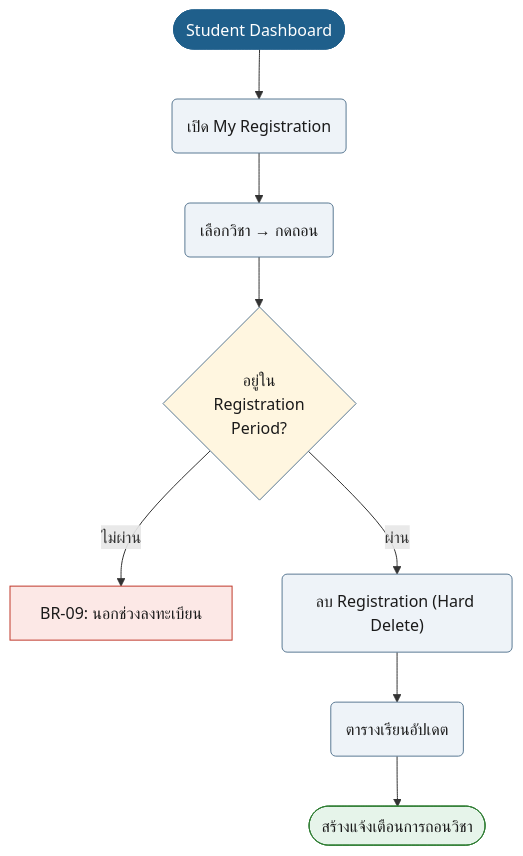
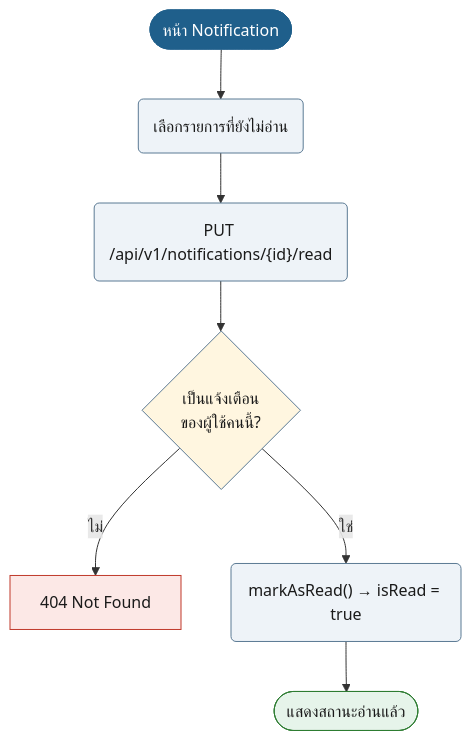
One commit to synthesixer/AcadOS changed the fifth of 49 diagrams in doc/userflow.md. Above: the diagram before and after it, drawn with Mermaid. The commit also changed other lines of this file and 1 other file, not shown here.

````diff
--- a/doc/userflow.md
+++ b/doc/userflow.md
@@ -213,24 +229,22 @@
 ```mermaid
 flowchart TD
-    n1(["Student Dashboard"]):::start
-    n2("เปิด My Registration"):::act
-    n3("เลือกวิชา → กดถอน"):::act
+    n1(["หน้า Notification"]):::start
+    n2("เลือกรายการที่ยังไม่อ่าน"):::act
+    n3("PUT /api/v1/notifications/{id}/read"):::act
     n1 --> n2
     n2 --> n3
-    n4{"อยู่ใน<br/>Registration<br/>Period?"}:::dec
+    n4{"เป็นแจ้งเตือน<br/>ของผู้ใช้คนนี้?"}:::dec
     n3 --> n4
-    n5["BR-09: นอกช่วงลงทะเบียน"]:::bad
-    n4 -->|ไม่ผ่าน| n5
-    n6("ลบ Registration (Hard Delete)"):::act
-    n4 -->|ผ่าน| n6
-    n7("ตารางเรียนอัปเดต"):::act
-    n8(["สร้างแจ้งเตือนการถอนวิชา"]):::ok
+    n5["404 Not Found"]:::bad
+    n4 -->|ไม่| n5
+    n6("markAsRead() → isRead = true"):::act
+    n4 -->|ใช่| n6
+    n7(["แสดงสถานะอ่านแล้ว"]):::ok
     n6 --> n7
-    n7 --> n8
     classDef start fill:#1F5F8B,stroke:#1F5F8B,color:#fff
     classDef act fill:#EEF3F8,stroke:#5B7A94,color:#1a1a1a
     classDef dec fill:#FFF6E0,stroke:#5B7A94,color:#1a1a1a
     classDef bad fill:#FCE8E6,stroke:#C0392B,color:#1a1a1a
     classDef ok fill:#E6F4EA,stroke:#2E7D32,color:#1a1a1a
     classDef note fill:#F4F4F4,stroke:#999,color:#1a1a1a
 ```
````
